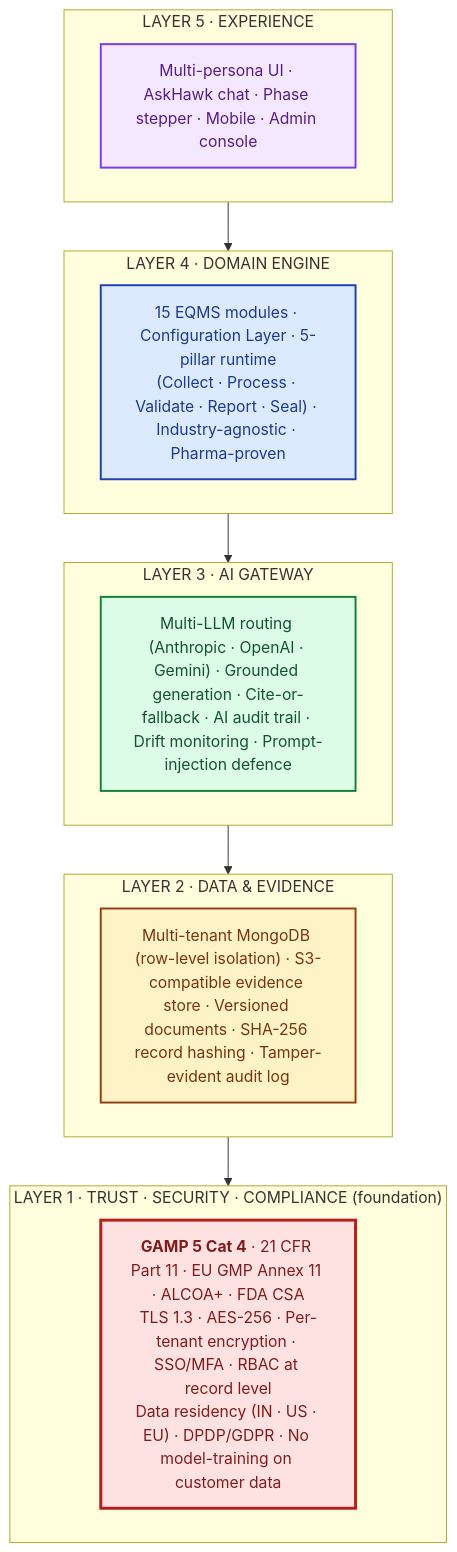
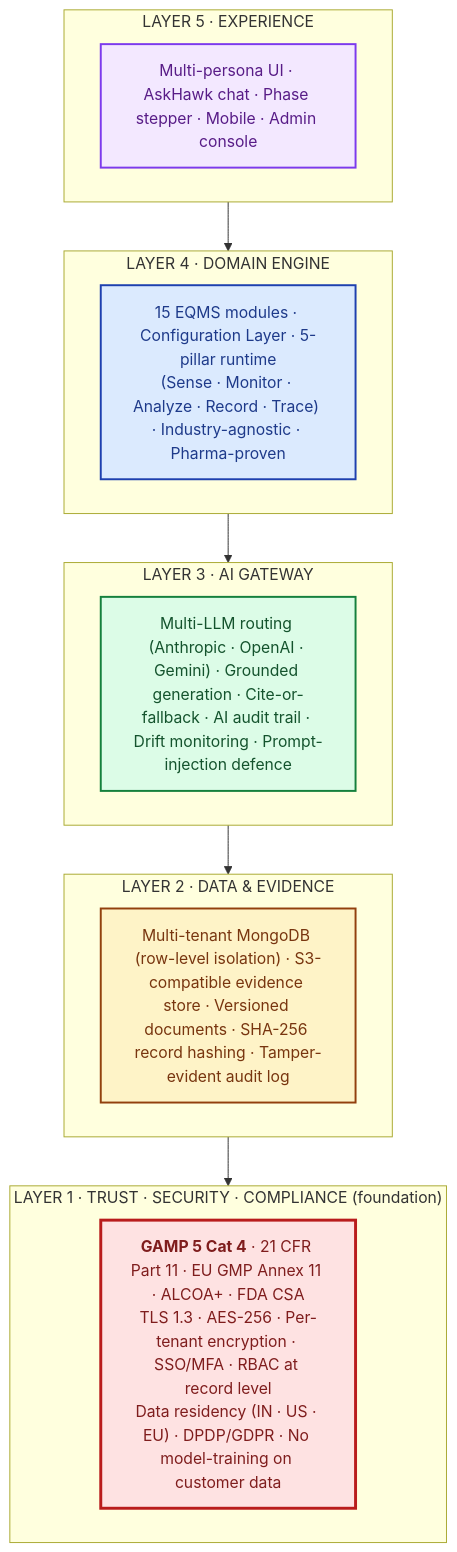
Before and after one commit to hawkeyetransact-dotcom/doc_v2: the first of 4 diagrams in 09-sales-marketing/pitch-materials/POC-PROPOSAL.md, drawn with Mermaid. The commit also changed 25 other files, not shown here.

First line of the commit message:
Finalize S.M.A.R.T. pillars: Sense, Monitor, Analyze, Record, Trace

````diff
--- a/09-sales-marketing/pitch-materials/POC-PROPOSAL.md
+++ b/09-sales-marketing/pitch-materials/POC-PROPOSAL.md
@@ -129,26 +129,26 @@
 ```mermaid
 flowchart TB
     classDef l5 fill:#F3E8FF,stroke:#7C3AED,color:#581C87,stroke-width:2px
     classDef l4 fill:#DBEAFE,stroke:#1E40AF,color:#1E3A8A,stroke-width:2px
     classDef l3 fill:#DCFCE7,stroke:#15803D,color:#14532D,stroke-width:2px
     classDef l2 fill:#FEF3C7,stroke:#92400E,color:#78350F,stroke-width:2px
     classDef l1 fill:#FEE2E2,stroke:#B91C1C,color:#7F1D1D,stroke-width:3px
 
     subgraph L5["LAYER 5 · EXPERIENCE"]
         E["Multi-persona UI · AskHawk chat · Phase stepper · Mobile · Admin console"]:::l5
     end
     subgraph L4["LAYER 4 · DOMAIN ENGINE"]
-        D["15 EQMS modules · Configuration Layer · 5-pillar runtime<br/>(Collect · Process · Validate · Report · Seal) · Industry-agnostic · Pharma-proven"]:::l4
+        D["15 EQMS modules · Configuration Layer · 5-pillar runtime<br/>(Sense · Monitor · Analyze · Record · Trace) · Industry-agnostic · Pharma-proven"]:::l4
     end
     subgraph L3["LAYER 3 · AI GATEWAY"]
         AI["Multi-LLM routing (Anthropic · OpenAI · Gemini) · Grounded generation · Cite-or-fallback · AI audit trail · Drift monitoring · Prompt-injection defence"]:::l3
     end
     subgraph L2["LAYER 2 · DATA & EVIDENCE"]
         DA["Multi-tenant MongoDB (row-level isolation) · S3-compatible evidence store · Versioned documents · SHA-256 record hashing · Tamper-evident audit log"]:::l2
     end
     subgraph L1["LAYER 1 · TRUST · SECURITY · COMPLIANCE  (foundation)"]
         T["<b>GAMP 5 Cat 4</b> · 21 CFR Part 11 · EU GMP Annex 11 · ALCOA+ · FDA CSA<br/>TLS 1.3 · AES-256 · Per-tenant encryption · SSO/MFA · RBAC at record level<br/>Data residency (IN · US · EU) · DPDP/GDPR · No model-training on customer data"]:::l1
     end
 
     L5 --> L4 --> L3 --> L2 --> L1
 ```
````
